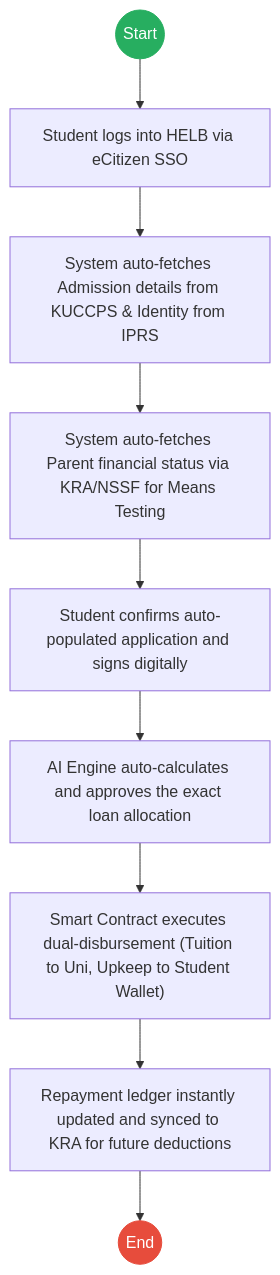
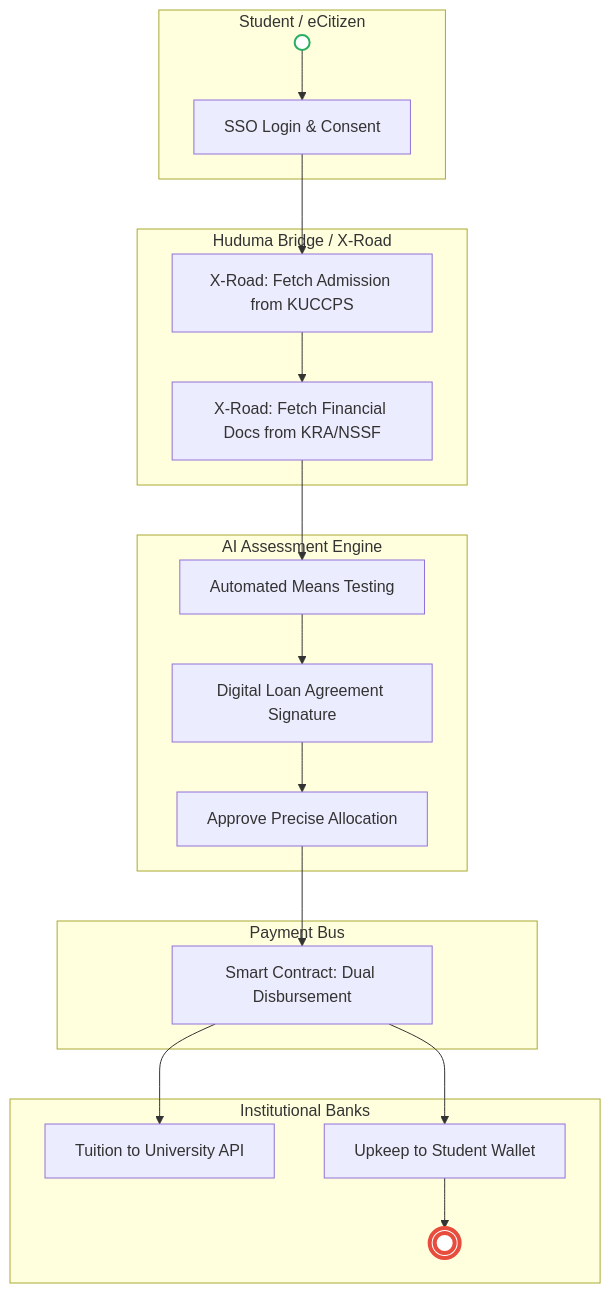
One commit to BITZ-IT-Consulting-LTD/ictapoc changed the second of 2 diagrams in mdas/docs_final/Higher_Education_Loans_Board___Loan_Processing.md. Above: the diagram before and after it, drawn with Mermaid. The commit also changed other lines of this file and 13 other files, not shown here.

````diff
--- a/mdas/docs_final/Higher_Education_Loans_Board___Loan_Processing.md
+++ b/mdas/docs_final/Higher_Education_Loans_Board___Loan_Processing.md
@@ -93,16 +95,30 @@
 ```mermaid
-graph TD
-    Start((Start)) --> T1
-    T1["Student logs into HELB via eCitizen SSO"] --> T2
-    T2["System auto-fetches Admission details from KUCCPS & Identity from IPRS"] --> T3
-    T3["System auto-fetches Parent financial status via KRA/NSSF for Means Testing"] --> T4
-    T4["Student confirms auto-populated application and signs digitally"] --> T5
-    T5["AI Engine auto-calculates and approves the exact loan allocation"] --> T6
-    T6["Smart Contract executes dual-disbursement (Tuition to Uni, Upkeep to Student Wallet)"] --> T7
-    T7["Repayment ledger instantly updated and synced to KRA for future deductions"] --> End((End))
+flowchart TD
+    subgraph Citizen["Student / eCitizen"]
+        Start(( )) --> T1[SSO Login & Consent]
+    end
 
-    classDef start fill:#27ae60,stroke:#27ae60,color:#fff;
-    classDef endNode fill:#e74c3c,stroke:#e74c3c,color:#fff;
-    class Start start;
-    class End endNode;
+    subgraph Hub["Huduma Bridge / X-Road"]
+        T1 --> T2[X-Road: Fetch Admission from KUCCPS]
+        T2 --> T3[X-Road: Fetch Financial Docs from KRA/NSSF]
+    end
+
+    subgraph HELB["AI Assessment Engine"]
+        T3 --> S1[Automated Means Testing]
+        S1 --> S2[Digital Loan Agreement Signature]
+        S2 --> S3[Approve Precise Allocation]
+    end
+
+    subgraph Finance["Payment Bus"]
+        S3 --> F1[Smart Contract: Dual Disbursement]
+    end
+
+    subgraph Banks["Institutional Banks"]
+        F1 --> B1[Tuition to University API]
+        F1 --> B2[Upkeep to Student Wallet]
+        B2 --> End((( )))
+    end
+
+    style Start fill:#fff,stroke:#27ae60,stroke-width:2px
+    style End fill:#fff,stroke:#e74c3c,stroke-width:4px
 ```
````
